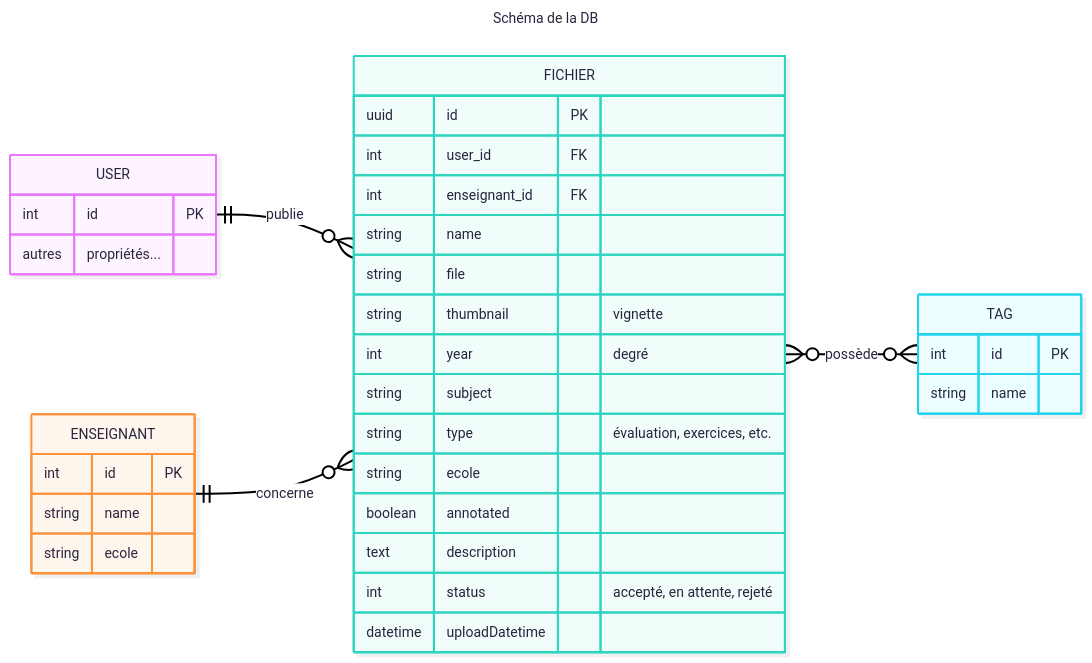
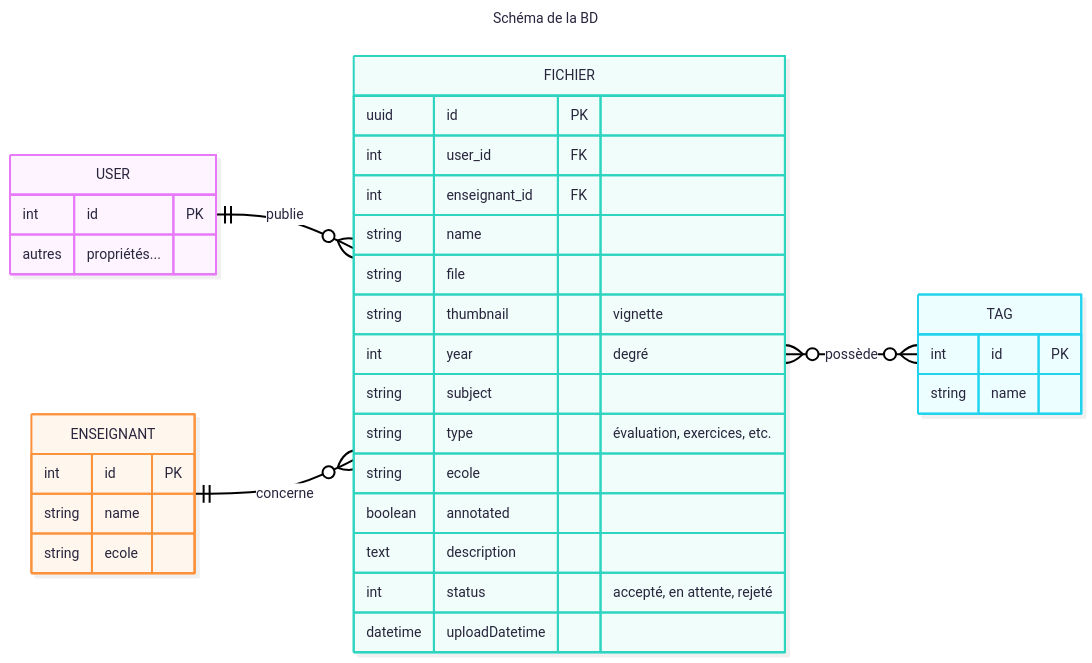
One commit to Zbebz/caverne-dAli-baba changed the first of 4 diagrams in rapport.md. Above: the diagram before and after it, drawn with Mermaid. The commit also changed other lines of this file, not shown here.

````diff
--- a/rapport.md
+++ b/rapport.md
@@ -127,46 +111,46 @@
 ```mermaid
 ---
-title: Schéma de la DB
+title: Schéma de la BD
 config:
   theme: redux-color
   look: neo
 ---
 erDiagram
     direction LR
     USER {
         int id PK
         autres propriétés...
     }
 
 FICHIER {
         uuid id PK
         int user_id FK
         int enseignant_id FK
         string name
         string file
         string thumbnail "vignette"
         int year "degré"
         string subject
         string type "évaluation, exercices, etc."
         string ecole
         boolean annotated
         text description
         int status "accepté, en attente, rejeté"
         datetime uploadDatetime
     }
 
     ENSEIGNANT {
         int id PK
         string name
         string ecole
     }
 
     TAG {
         int id PK
         string name
     }
 
     USER ||--o{ FICHIER : publie
     ENSEIGNANT ||--o{ FICHIER : concerne
     FICHIER }o--o{ TAG : possède
 ```
````
